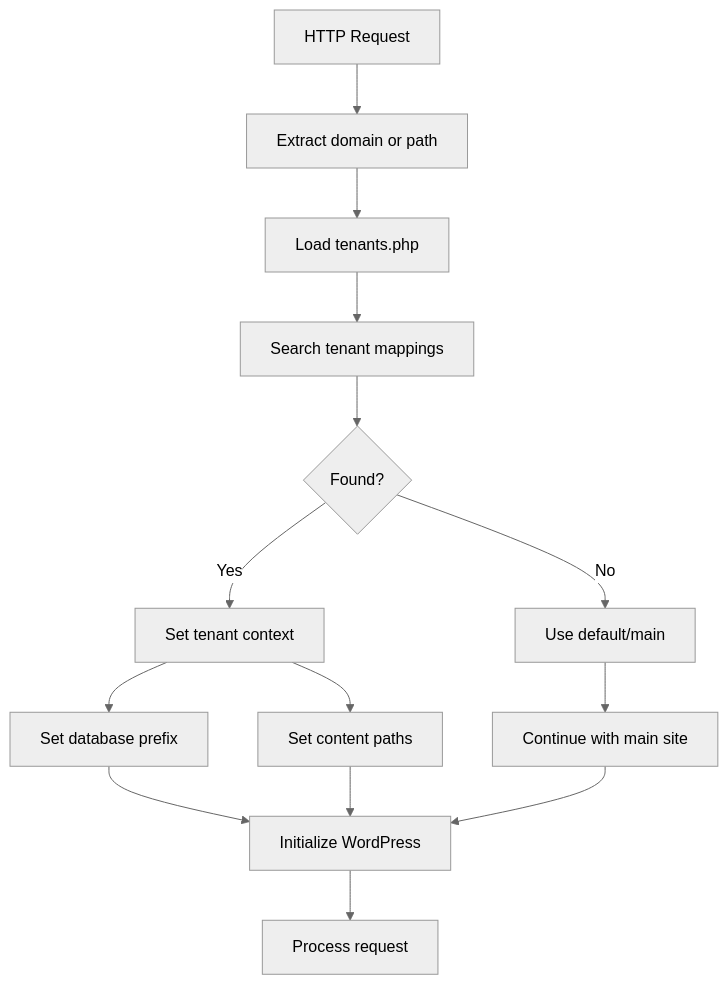
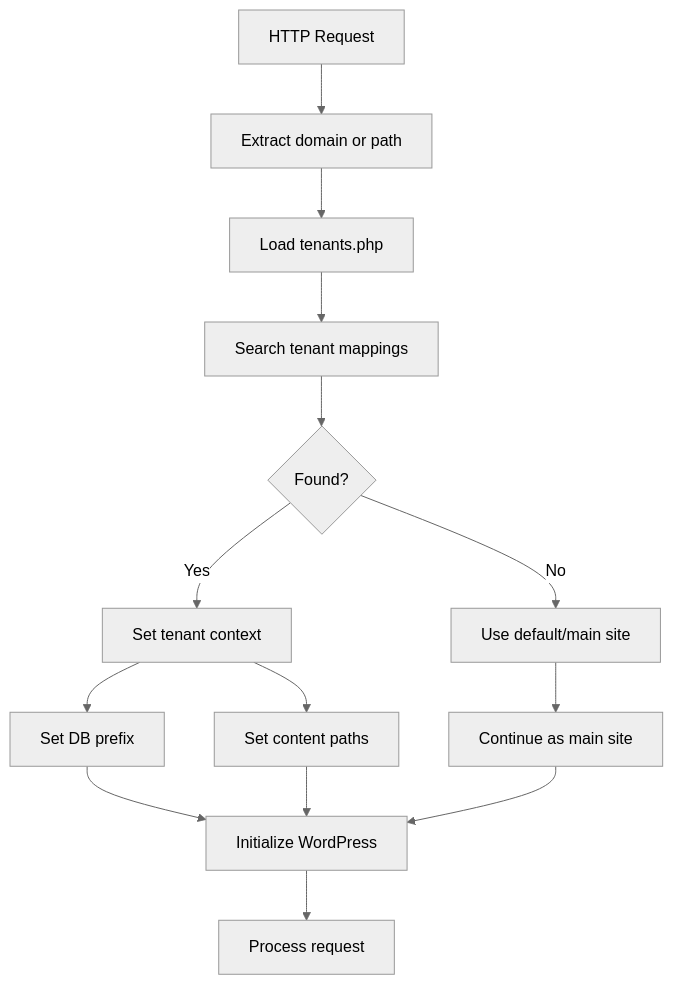
Before and after one commit to taicv/grabwp-tenancy: the diagram in README.md, drawn with Mermaid (neutral theme). The commit also changed other lines of this file and 1 other file, not shown here.

````diff
--- a/README.md
+++ b/README.md
@@ -99,16 +147,16 @@
 ```mermaid
 flowchart TD
     A[HTTP Request] --> B[Extract domain or path]
     B --> C[Load tenants.php]
     C --> D[Search tenant mappings]
     D --> E{Found?}
     E -->|Yes| F[Set tenant context]
-    E -->|No| G[Use default/main]
-    F --> H[Set database prefix]
+    E -->|No| G[Use default/main site]
+    F --> H[Set DB prefix]
     F --> I[Set content paths]
-    G --> J[Continue with main site]
+    G --> J[Continue as main site]
     H --> K[Initialize WordPress]
     I --> K
     J --> K
-    K --> L[Process request] 
+    K --> L[Process request]
 ```
````
